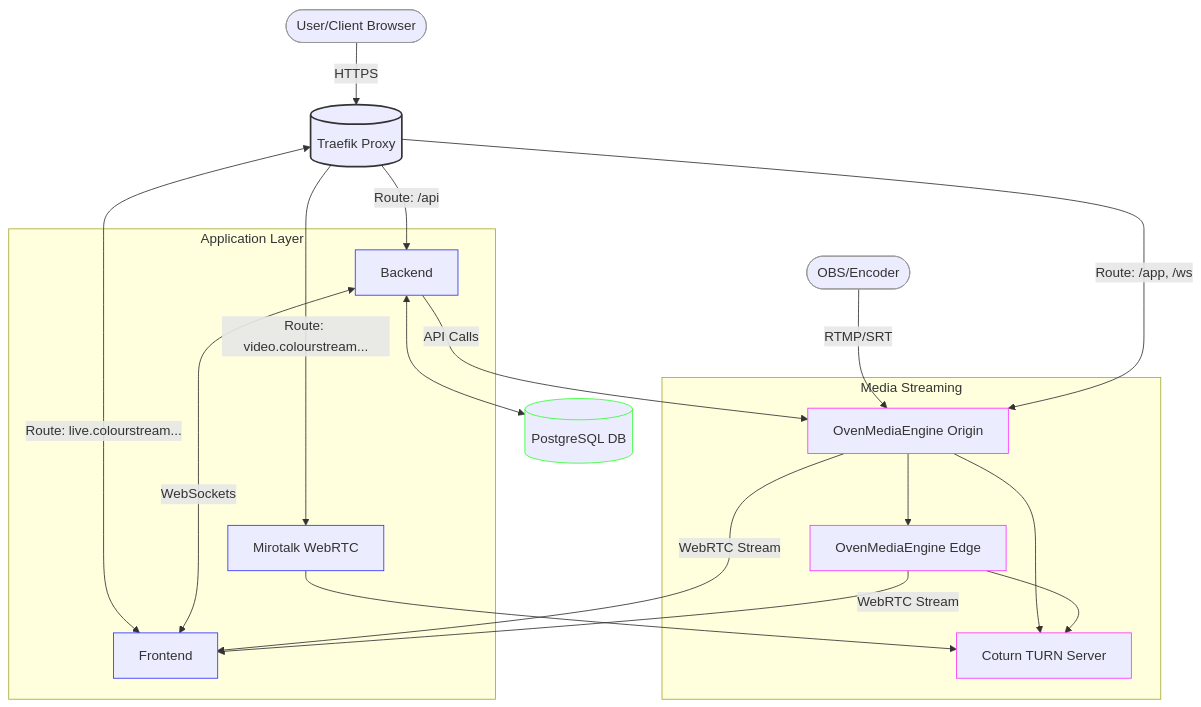
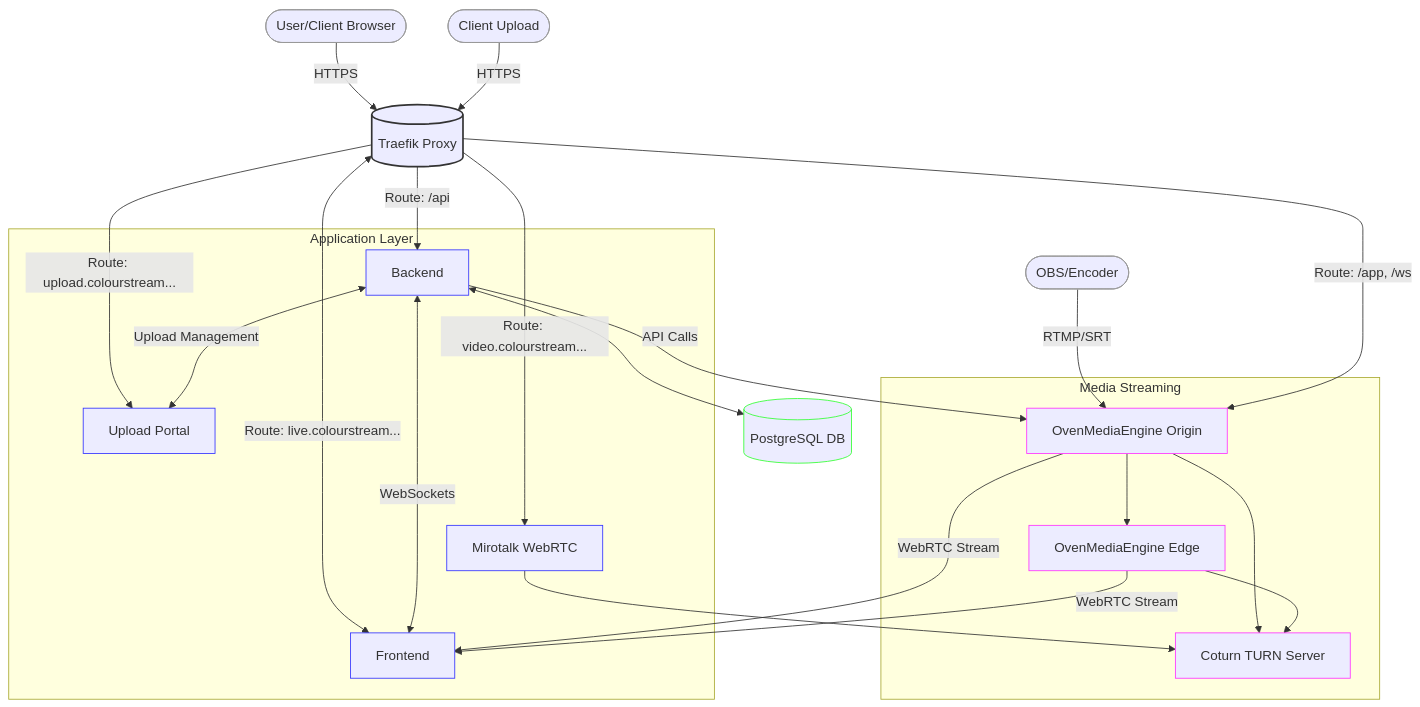
Before and after one commit to chaos-dotcom/colourstream: the diagram in README.md, drawn with Mermaid. The commit also changed other lines of this file, not shown here.

````diff
--- a/README.md
+++ b/README.md
@@ -24,53 +32,57 @@
 ```mermaid
 graph TD
     %% Client connections
     Client([User/Client Browser]) --> |HTTPS| Traefik
     OBS([OBS/Encoder]) --> |RTMP/SRT| OME_Origin
+    ClientUpload([Client Upload]) --> |HTTPS| Traefik
     
     %% Traefik routing
     Traefik[(Traefik Proxy)] <--> |Route: live.colourstream...| Frontend
     Traefik --> |Route: /api| Backend
     Traefik --> |Route: video.colourstream...| Mirotalk
     Traefik --> |Route: /app, /ws| OME_Origin
+    Traefik --> |Route: upload.colourstream...| UploadPortal
     
     %% Backend connections
     Backend <--> PostgreSQL[(PostgreSQL DB)]
     Backend <--> |WebSockets| Frontend
     Backend --> |API Calls| OME_Origin
+    Backend <--> |Upload Management| UploadPortal
     
     %% Media connections
     OME_Origin[OvenMediaEngine Origin] --> OME_Edge[OvenMediaEngine Edge]
     OME_Origin --> |WebRTC Stream| Frontend
     OME_Edge --> |WebRTC Stream| Frontend
     
     %% WebRTC components
     Mirotalk[Mirotalk WebRTC] --> Coturn[Coturn TURN Server]
     OME_Origin --> Coturn
     OME_Edge --> Coturn
     
     %% Component subgraphs
     subgraph "Media Streaming"
         OME_Origin
         OME_Edge
         Coturn
     end
     
     subgraph "Application Layer"
         Frontend
         Backend
         Mirotalk
+        UploadPortal[Upload Portal]
     end
     
     %% Styling
     classDef proxy fill:,stroke:#333,stroke-width:2px;
     classDef app fill,stroke:#33f,stroke-width:1px;
     classDef db fill:,stroke:#3f3,stroke-width:1px;
     classDef media fill:,stroke:#f3f,stroke-width:1px;
     classDef client fill:,stroke:#999,stroke-width:1px;
 
     class Traefik proxy;
-    class Frontend,Backend,Mirotalk app;
+    class Frontend,Backend,Mirotalk,UploadPortal app;
     class PostgreSQL db;
     class OME_Origin,OME_Edge,Coturn media;
-    class Client,OBS client;
+    class Client,OBS,ClientUpload client;
 ```
````
